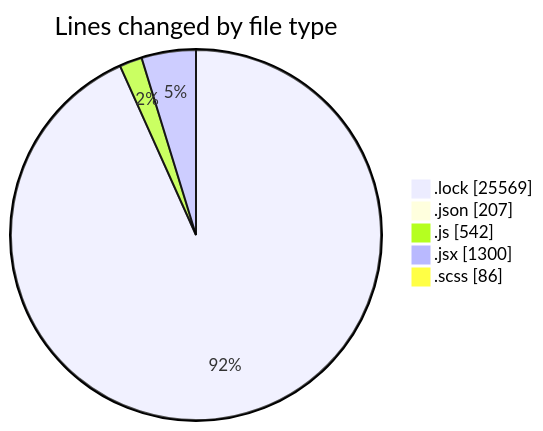
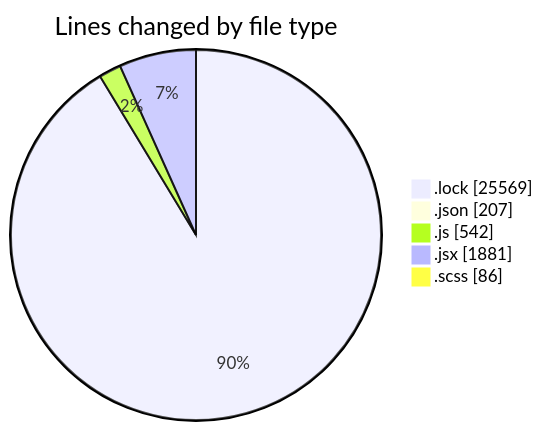
The first of 2 diagrams in 2026-01-07/cda/README.md (momahboobian/code-tracking), drawn with Mermaid before and after one commit. The commit also changed other lines of this file and 1 other file, not shown here.

````diff
--- a/2026-01-07/cda/README.md
+++ b/2026-01-07/cda/README.md
@@ -34,9 +37,9 @@
 ```mermaid
 pie showData
 title Lines changed by file type
 ".lock" : 25569
 ".json" : 207
 ".js" : 542
-".jsx" : 1300
+".jsx" : 1881
 ".scss" : 86
 ```
````
